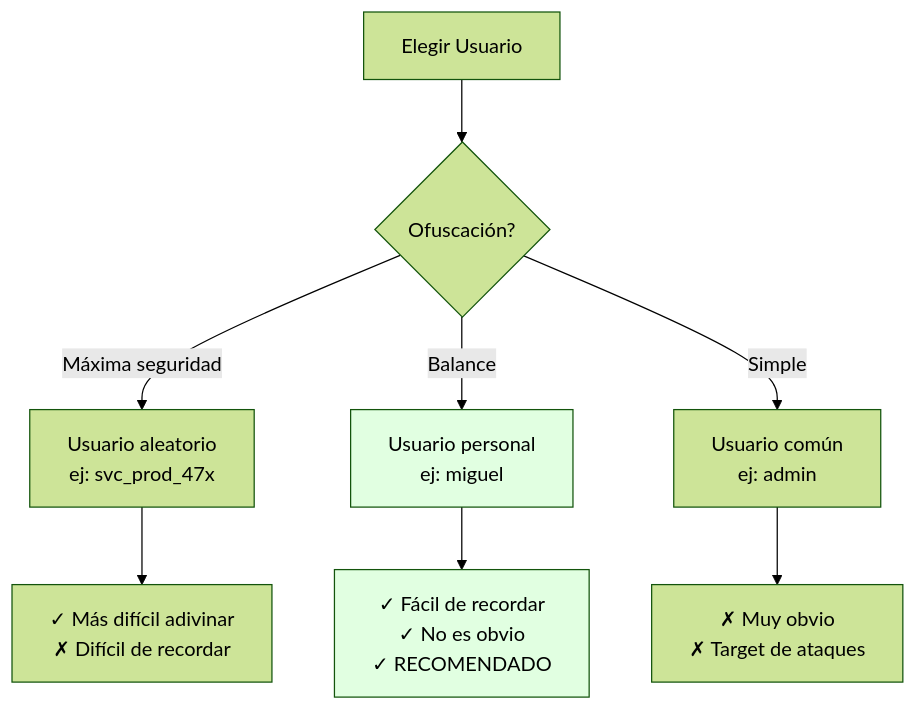
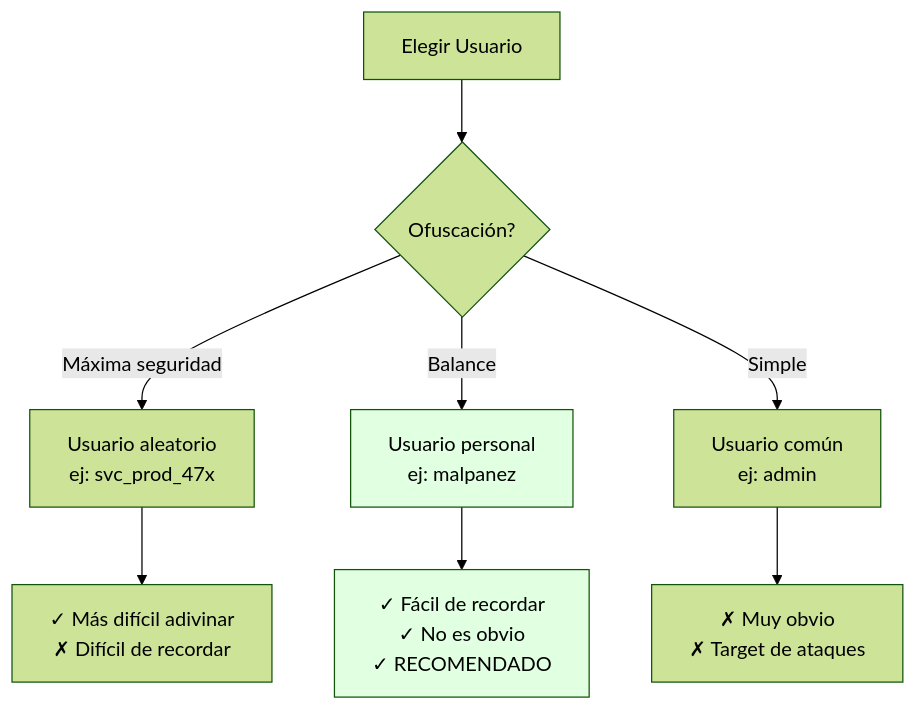
Before and after one commit to malpanez/hetzner-secure-infrastructure: the fourth of 25 diagrams in DEPLOYMENT_GUIDE.md, drawn with Mermaid (forest theme). The commit also changed other lines of this file and 135 other files, not shown here.

````diff
--- a/DEPLOYMENT_GUIDE.md
+++ b/DEPLOYMENT_GUIDE.md
@@ -209,14 +209,14 @@
 ```mermaid
 flowchart TD
     A[Elegir Usuario] --> B{Ofuscación?}
     B -->|Máxima seguridad| C[Usuario aleatorio<br/>ej: svc_prod_47x]
-    B -->|Balance| D[Usuario personal<br/>ej: miguel]
+    B -->|Balance| D[Usuario personal<br/>ej: malpanez]
     B -->|Simple| E[Usuario común<br/>ej: admin]
 
     C --> C1[✓ Más difícil adivinar<br/>✗ Difícil de recordar]
     D --> D1[✓ Fácil de recordar<br/>✓ No es obvio<br/>✓ RECOMENDADO]
     E --> E1[✗ Muy obvio<br/>✗ Target de ataques]
 
     style D fill:#e1ffe1
     style D1 fill:#e1ffe1
 ```
````
